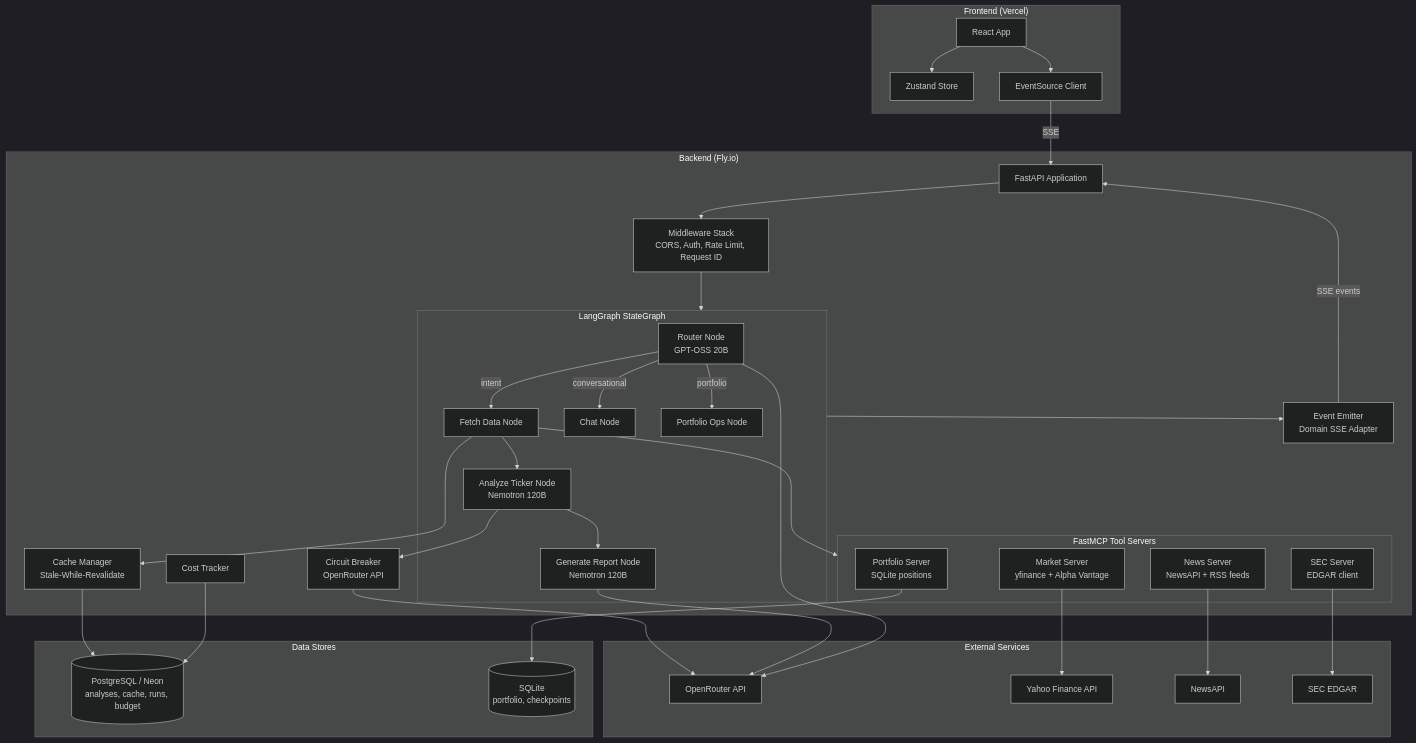
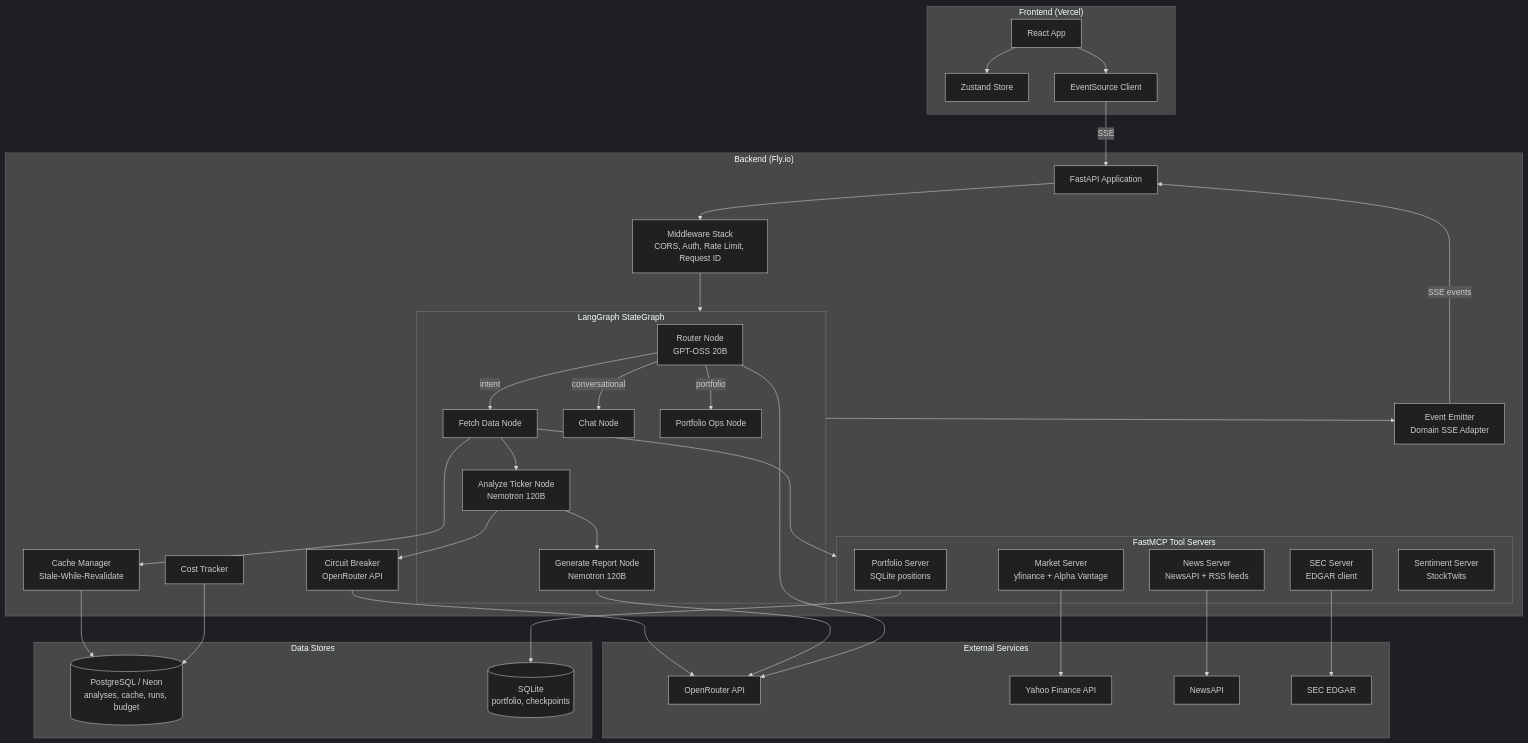
The third of 3 diagrams in docs/ARCHITECTURE.md (cl-xy/ai-investment-analyst), drawn with Mermaid (dark theme) before and after one commit. The commit also changed other lines of this file and 28 other files, not shown here.

````diff
--- a/docs/ARCHITECTURE.md
+++ b/docs/ARCHITECTURE.md
@@ -95,77 +95,78 @@
 ```mermaid
 graph TB
     subgraph Frontend ["Frontend (Vercel)"]
         React[React App]
         Zustand[Zustand Store]
         SSEClient[EventSource Client]
     end
 
     subgraph Backend ["Backend (Fly.io)"]
         FastAPI[FastAPI Application]
         Middleware[Middleware Stack<br/>CORS, Auth, Rate Limit, Request ID]
 
         subgraph Agent ["LangGraph StateGraph"]
             Router[Router Node<br/>GPT-OSS 20B]
             FetchData[Fetch Data Node]
             Analyze[Analyze Ticker Node<br/>Nemotron 120B]
             Report[Generate Report Node<br/>Nemotron 120B]
             Chat[Chat Node]
             Portfolio[Portfolio Ops Node]
         end
 
         EventEmitter[Event Emitter<br/>Domain SSE Adapter]
         CostTracker[Cost Tracker]
         CacheManager[Cache Manager<br/>Stale-While-Revalidate]
         CircuitBreaker[Circuit Breaker<br/>OpenRouter API]
 
         subgraph MCP ["FastMCP Tool Servers"]
             Market[Market Server<br/>yfinance + Alpha Vantage]
             News[News Server<br/>NewsAPI + RSS feeds]
             SEC[SEC Server<br/>EDGAR client]
             PortfolioSrv[Portfolio Server<br/>SQLite positions]
+            Sentiment[Sentiment Server<br/>StockTwits]
         end
     end
 
     subgraph External ["External Services"]
         OpenRouter[OpenRouter API]
         YFinance[Yahoo Finance API]
         NewsAPI[NewsAPI]
         EDGAR[SEC EDGAR]
     end
 
     subgraph Data ["Data Stores"]
         Postgres[(PostgreSQL / Neon<br/>analyses, cache, runs, budget)]
         SQLite[(SQLite<br/>portfolio, checkpoints)]
     end
 
     React --> SSEClient
     SSEClient -->|SSE| FastAPI
     React --> Zustand
 
     FastAPI --> Middleware
     Middleware --> Agent
     Agent --> EventEmitter
     EventEmitter -->|SSE events| FastAPI
 
     Router -->|intent| FetchData
     FetchData --> Analyze
     Analyze --> Report
     Router -->|conversational| Chat
     Router -->|portfolio| Portfolio
 
     FetchData --> CacheManager
     CacheManager --> Postgres
     FetchData --> MCP
 
     Analyze --> CircuitBreaker
     CircuitBreaker --> OpenRouter
     Report --> OpenRouter
     Router --> OpenRouter
 
     Market --> YFinance
     News --> NewsAPI
     SEC --> EDGAR
     PortfolioSrv --> SQLite
 
     CostTracker --> Postgres
 ```
````
